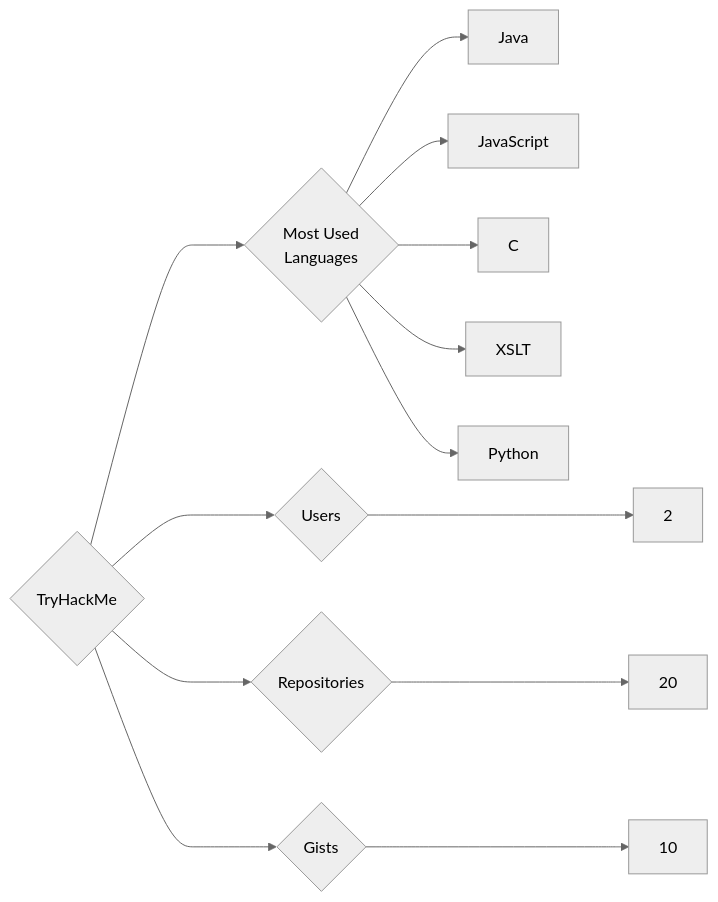
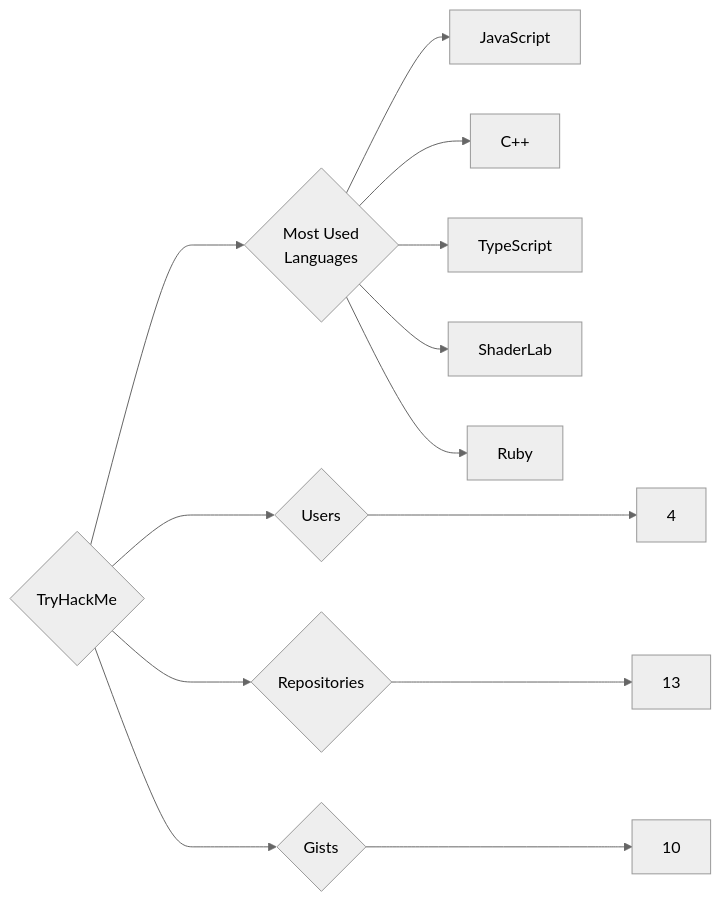
Before and after one commit to trickest/insiders: the diagram in targets/TryHackMe/README.md, drawn with Mermaid (neutral theme). The commit also changed 1389 other files, not shown here.

````diff
--- a/targets/TryHackMe/README.md
+++ b/targets/TryHackMe/README.md
@@ -3,13 +3,13 @@
 ```mermaid
 graph LR
 COMPANY_NAME{TryHackMe}
-COMPANY_NAME ---> U{Users} ---> UN[2]
-COMPANY_NAME ---> R{Repositories} ---> RN[20]
+COMPANY_NAME ---> U{Users} ---> UN[4]
+COMPANY_NAME ---> R{Repositories} ---> RN[13]
 COMPANY_NAME ---> G{Gists} ---> GN[10]
 COMPANY_NAME ---> ML{Most Used<br>Languages}
-ML --> Java[Java]
 ML --> JavaScript[JavaScript]
-ML --> C[C]
-ML --> XSLT[XSLT]
-ML --> Python[Python]
+ML --> C++[C++]
+ML --> TypeScript[TypeScript]
+ML --> ShaderLab[ShaderLab]
+ML --> Ruby[Ruby]
 ```
````
